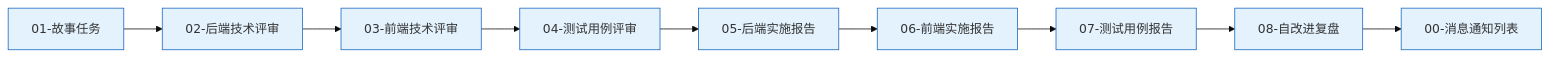
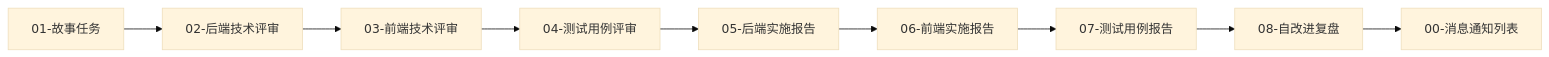
One commit to effiy/YrY changed the second of 11 diagrams in skills/rui/formulas.md. Above: the diagram before and after it, drawn with Mermaid (base theme). The commit also changed other lines of this file and 18 other files, not shown here.

````diff
--- a/skills/rui/formulas.md
+++ b/skills/rui/formulas.md
@@ -51,12 +62,11 @@
 ```mermaid
 flowchart LR
-    01[01-故事任务]:::n --> 02[02-后端技术评审]:::n
-    02 --> 03[03-前端技术评审]:::n
-    03 --> 04[04-测试用例评审]:::n
-    04 --> 05[05-后端实施报告]:::n
-    05 --> 06[06-前端实施报告]:::n
-    06 --> 07[07-测试用例报告]:::n
-    07 --> 08[08-自改进复盘]:::n
-    08 --> 00[00-消息通知列表]:::n
-    classDef n fill:#e3f2fd,stroke:#1565c0;
+    01["01-故事任务"] --> 02["02-后端技术评审"]
+    02 --> 03["03-前端技术评审"]
+    03 --> 04["04-测试用例评审"]
+    04 --> 05["05-后端实施报告"]
+    05 --> 06["06-前端实施报告"]
+    06 --> 07["07-测试用例报告"]
+    07 --> 08["08-自改进复盘"]
+    08 --> 00["00-消息通知列表"]
 ```
````
